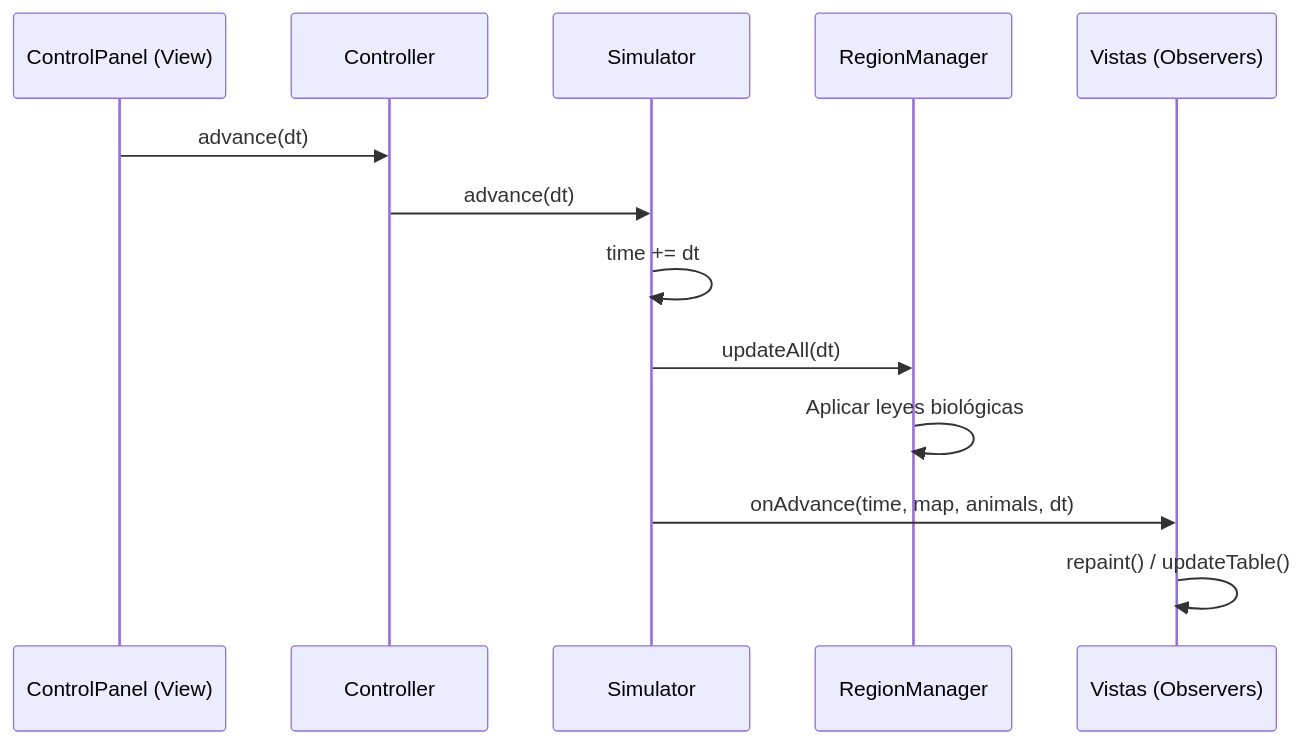
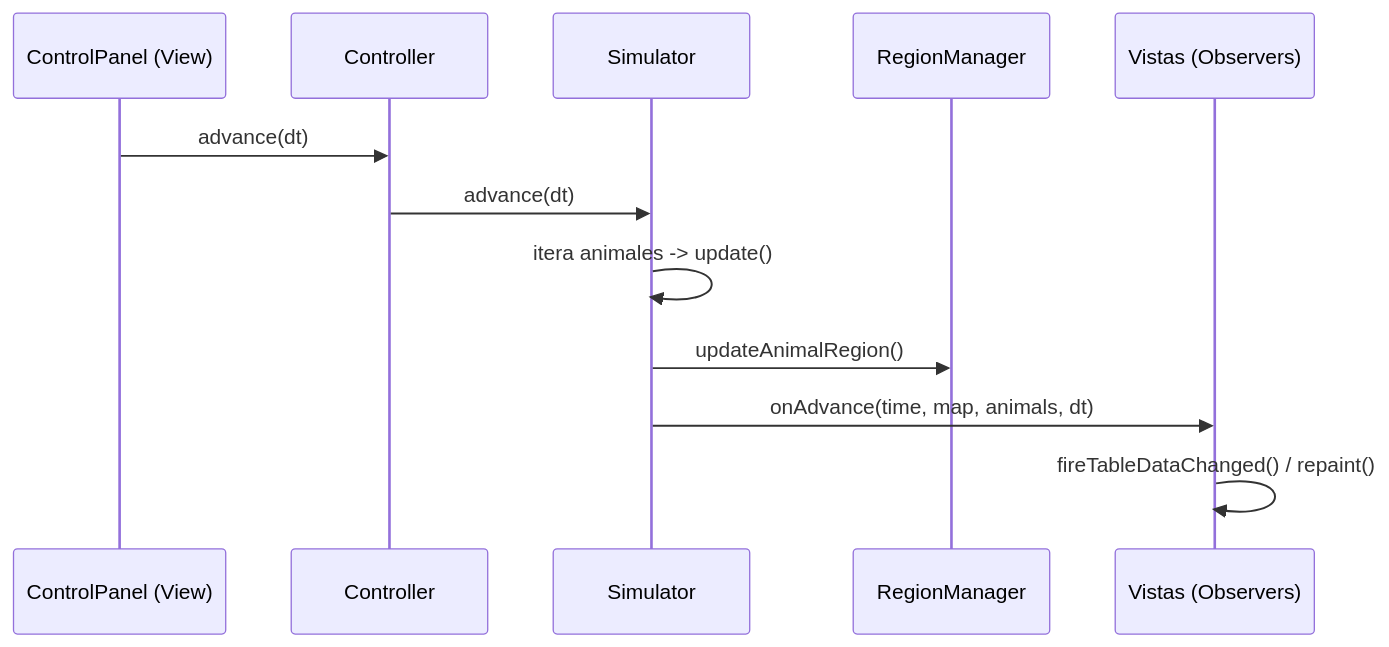
The third of 4 diagrams in guiaCompletaSimulador.md (parlandis/TP2-P1), drawn with Mermaid before and after one commit. The commit also changed other lines of this file, not shown here.

````diff
--- a/guiaCompletaSimulador.md
+++ b/guiaCompletaSimulador.md
@@ -130,16 +127,15 @@
 ```mermaid
 sequenceDiagram
     participant CP as ControlPanel (View)
     participant C as Controller
     participant S as Simulator
     participant RM as RegionManager
     participant V as Vistas (Observers)
 
     CP->>C: advance(dt)
     C->>S: advance(dt)
-    S->>S: time += dt
-    S->>RM: updateAll(dt)
-    RM->>RM: Aplicar leyes biológicas
+    S->>S: itera animales -> update()
+    S->>RM: updateAnimalRegion()
     S->>V: onAdvance(time, map, animals, dt)
-    V->>V: repaint() / updateTable()
+    V->>V: fireTableDataChanged() / repaint()
 ```
````
